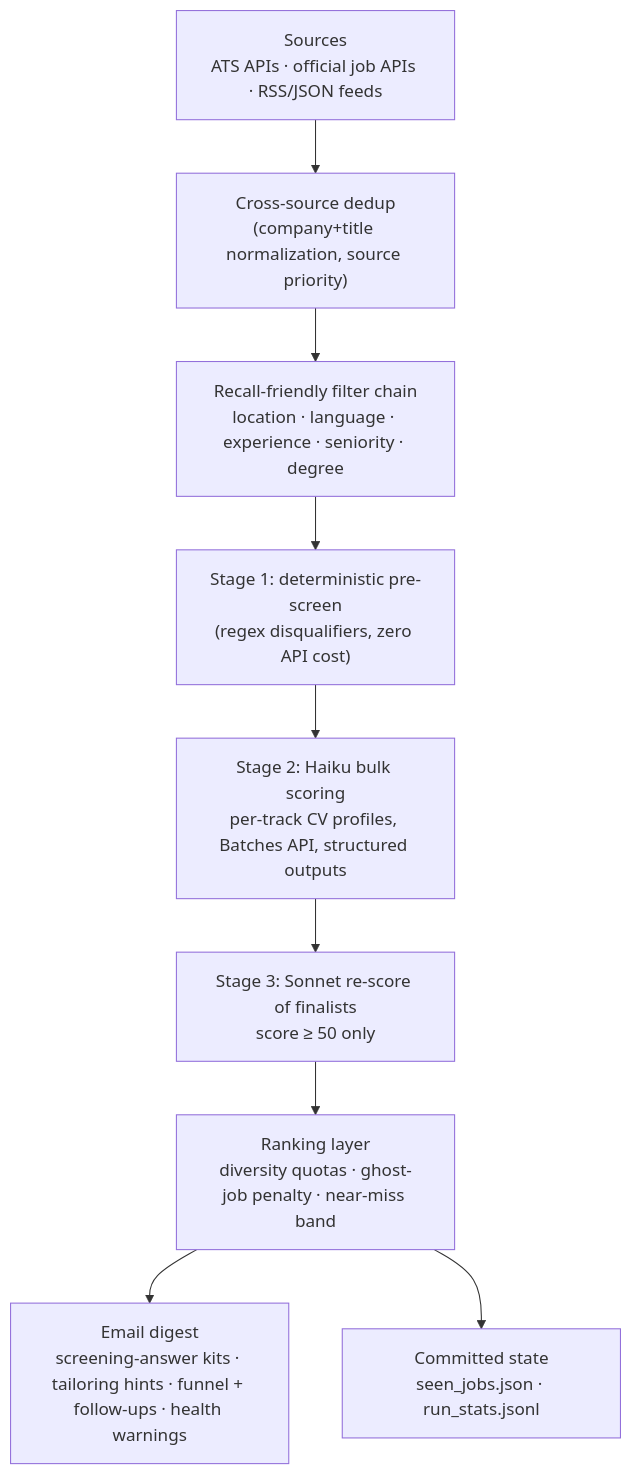
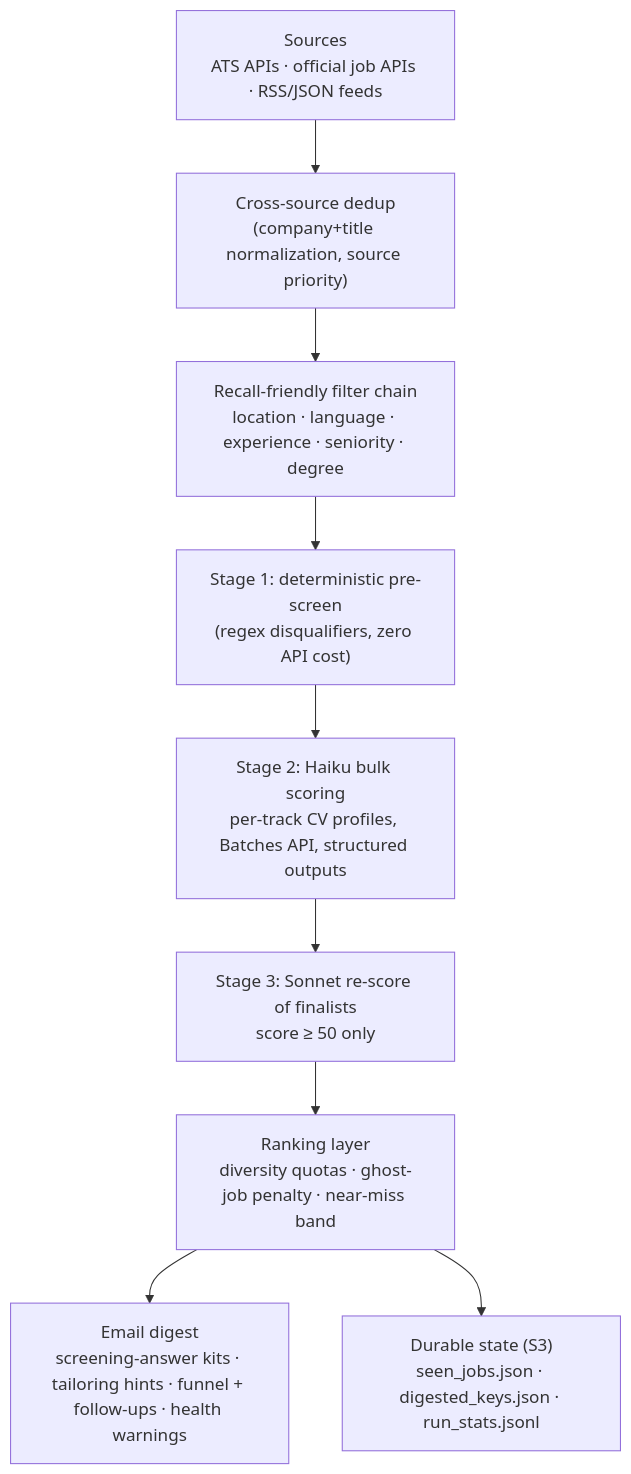
Before and after one commit to SherwanAli0/job-hunter: the diagram in README.md, drawn with Mermaid. The commit also changed other lines of this file and 10 other files, not shown here.

````diff
--- a/README.md
+++ b/README.md
@@ -21,11 +25,11 @@
 ```mermaid
 flowchart TD
     A["Sources<br/>ATS APIs · official job APIs · RSS/JSON feeds"] --> B["Cross-source dedup<br/>(company+title normalization, source priority)"]
     B --> C["Recall-friendly filter chain<br/>location · language · experience · seniority · degree"]
     C --> D["Stage 1: deterministic pre-screen<br/>(regex disqualifiers, zero API cost)"]
     D --> E["Stage 2: Haiku bulk scoring<br/>per-track CV profiles, Batches API, structured outputs"]
     E --> F["Stage 3: Sonnet re-score of finalists<br/>score ≥ 50 only"]
     F --> G["Ranking layer<br/>diversity quotas · ghost-job penalty · near-miss band"]
     G --> H["Email digest<br/>screening-answer kits · tailoring hints · funnel + follow-ups · health warnings"]
-    G --> I["Committed state<br/>seen_jobs.json · run_stats.jsonl"]
+    G --> I["Durable state (S3)<br/>seen_jobs.json · digested_keys.json · run_stats.jsonl"]
 ```
````
